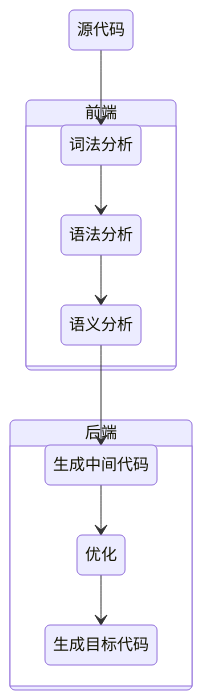
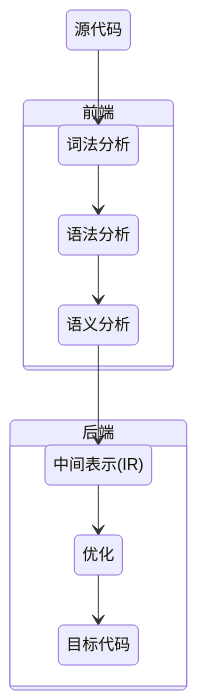
The first of 2 diagrams in doc/编译原理/编译原理.md (0xcaffebabe/note), drawn with Mermaid before and after one commit. The commit also changed other lines of this file, not shown here.

````diff
--- a/doc/编译原理/编译原理.md
+++ b/doc/编译原理/编译原理.md
@@ -3,13 +30,13 @@
 ```mermaid
 stateDiagram-v2
-  源代码 --> 词法分析
-  state 前端 {
-    词法分析 --> 语法分析
-    语法分析 --> 语义分析
-  }
-  语义分析 --> 生成中间代码
-  state 后端 {
-    生成中间代码 --> 优化
-    优化 --> 生成目标代码
-  }
+    源代码 --> 词法分析
+    state 前端 {
+        词法分析 --> 语法分析
+        语法分析 --> 语义分析
+    }
+    语义分析 --> 中间表示(IR)
+    state 后端 {
+        中间表示(IR) --> 优化
+        优化 --> 目标代码
+    }
 ```
````
